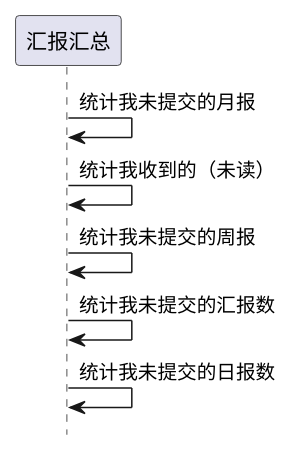
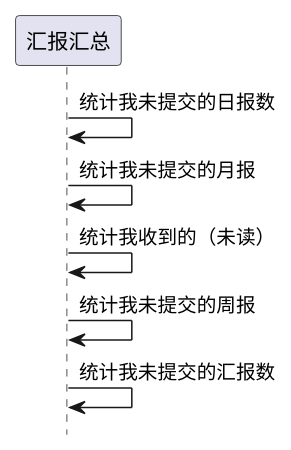
Before and after one commit to goblinln/iBizPMS: the first of 2 diagrams in ibizpms-docs/src/main/doc/v1/module/report/IbzReport_old.md, drawn with PlantUML. The commit also changed other lines of this file and 230 other files, not shown here.

```diff
--- a/ibizpms-docs/src/main/doc/v1/module/report/IbzReport_old.md
+++ b/ibizpms-docs/src/main/doc/v1/module/report/IbzReport_old.md
@@ -103,9 +103,9 @@
 {% plantuml %}
 hide footbox
 
+汇报汇总 -> 汇报汇总: 统计我未提交的日报数
 汇报汇总 -> 汇报汇总: 统计我未提交的月报
 汇报汇总 -> 汇报汇总: 统计我收到的（未读）
 汇报汇总 -> 汇报汇总: 统计我未提交的周报
 汇报汇总 -> 汇报汇总: 统计我未提交的汇报数
-汇报汇总 -> 汇报汇总: 统计我未提交的日报数
 {% endplantuml %}
```
